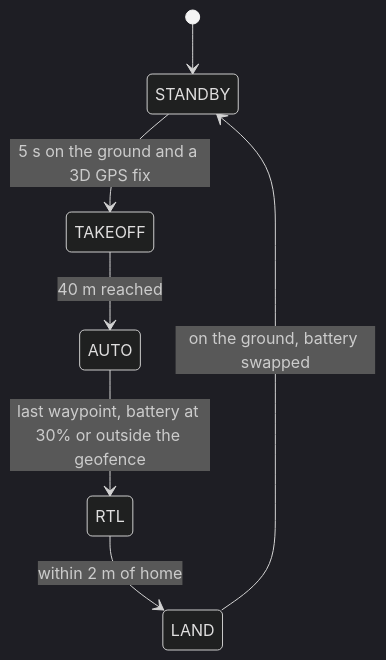
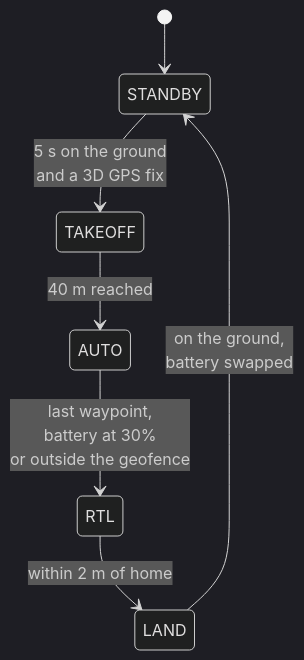
The third of 3 diagrams in docs/architecture.md (Nikita-Beliaiev/mini-gcs), drawn with Mermaid (dark theme) before and after one commit.

Commit message:
docs: break long state diagram labels so GitHub does not clip them

````diff
--- a/docs/architecture.md
+++ b/docs/architecture.md
@@ -97,9 +97,9 @@
 ```mermaid
 stateDiagram-v2
   [*] --> STANDBY
-  STANDBY --> TAKEOFF: 5 s on the ground and a 3D GPS fix
+  STANDBY --> TAKEOFF: 5 s on the ground<br/>and a 3D GPS fix
   TAKEOFF --> AUTO: 40 m reached
-  AUTO --> RTL: last waypoint, battery at 30% or outside the geofence
+  AUTO --> RTL: last waypoint,<br/>battery at 30%<br/>or outside the geofence
   RTL --> LAND: within 2 m of home
-  LAND --> STANDBY: on the ground, battery swapped
+  LAND --> STANDBY: on the ground,<br/>battery swapped
 ```
````
